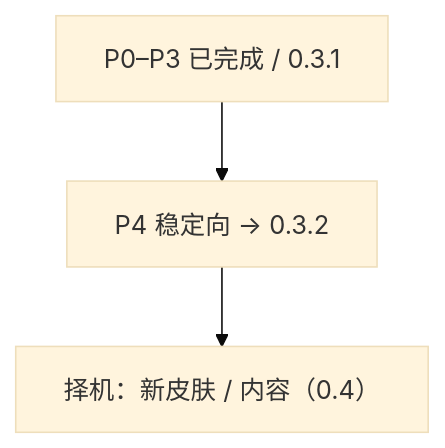
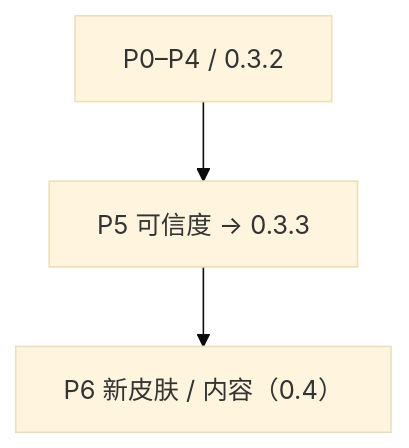
The diagram in 优化扩展方案.md (shuxiayouzhimao/codex-DP), drawn with Mermaid (base theme) before and after one commit. The commit also changed other lines of this file and 15 other files, not shown here.

````diff
--- a/优化扩展方案.md
+++ b/优化扩展方案.md
@@ -15,5 +15,5 @@
 ```mermaid
 flowchart TB
-  done["P0–P3 已完成 / 0.3.1"] --> p4["P4 稳定向 → 0.3.2"]
-  p4 --> later["择机：新皮肤 / 内容（0.4）"]
+  done["P0–P4 / 0.3.2"] --> p5["P5 可信度 → 0.3.3"]
+  p5 --> later["P6 新皮肤 / 内容（0.4）"]
 ```
````
